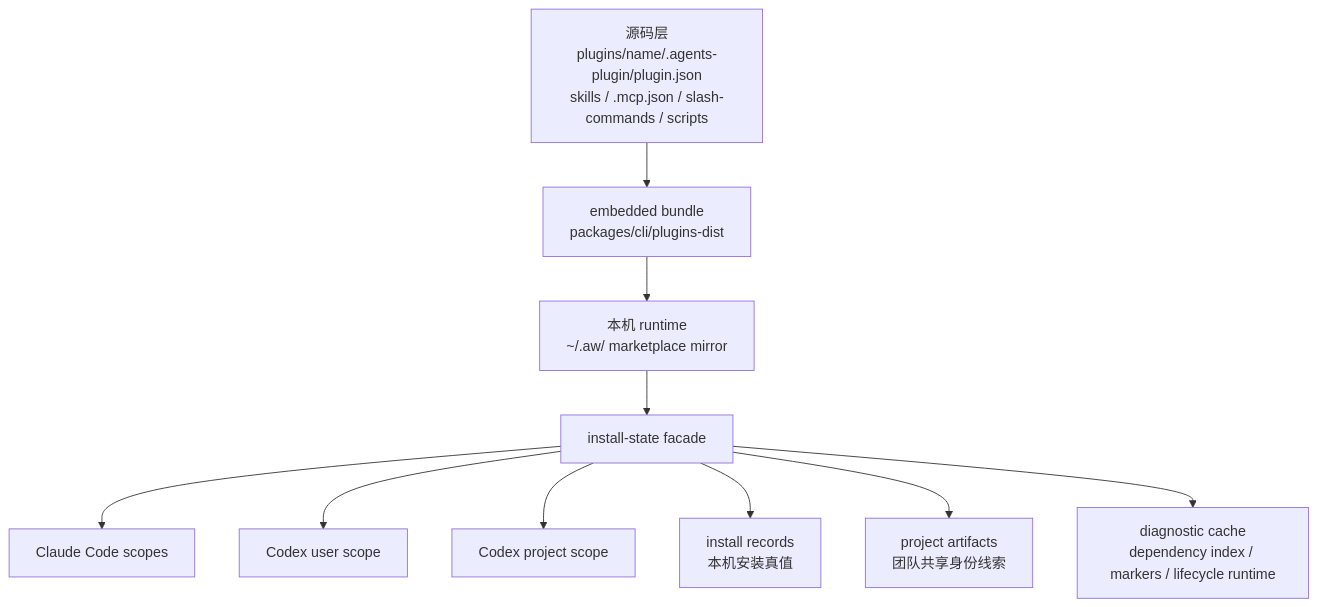
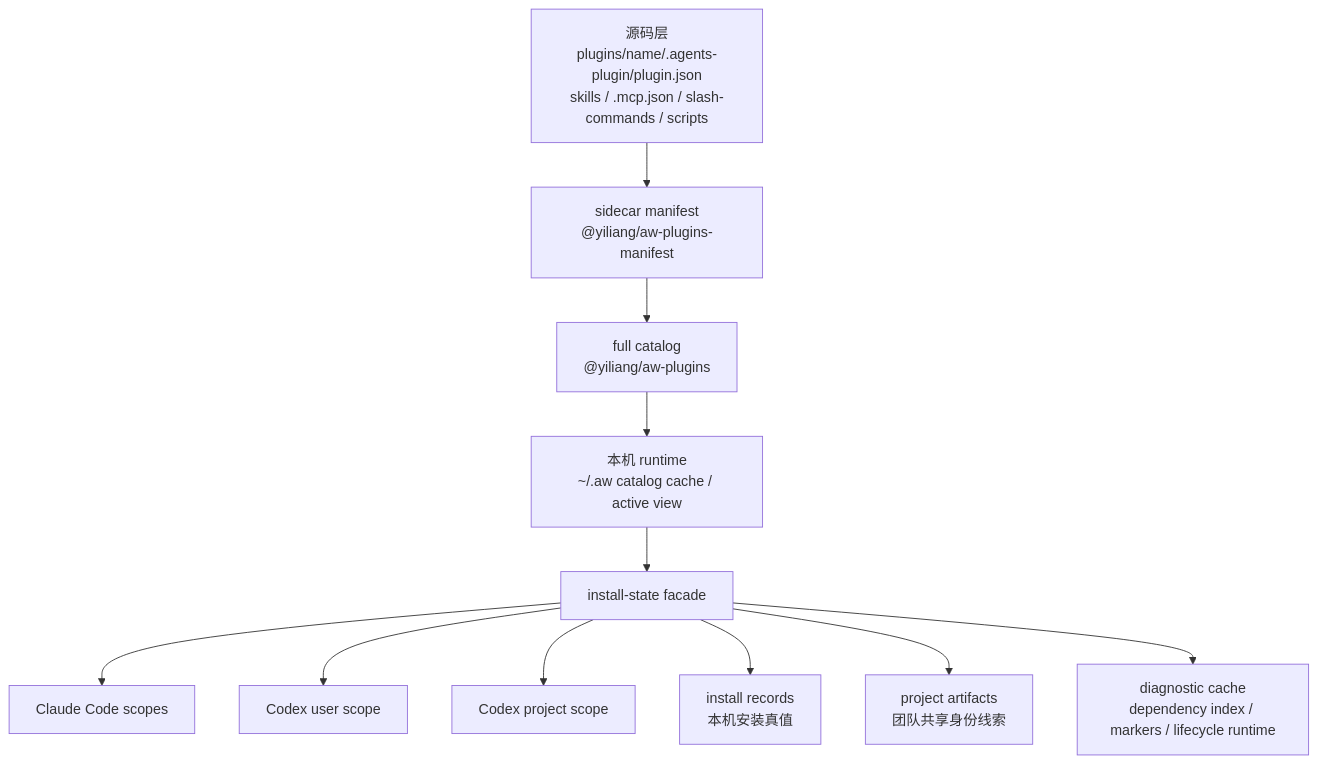
One commit to lesliechan721-arch/agent-workflow changed the first of 6 diagrams in docs/plugin-installation-technical-details.md. Above: the diagram before and after it, drawn with Mermaid. The commit also changed other lines of this file and 119 other files, not shown here.

````diff
--- a/docs/plugin-installation-technical-details.md
+++ b/docs/plugin-installation-technical-details.md
@@ -93,21 +96,22 @@
 ```mermaid
 flowchart TD
   source["源码层<br/>plugins/name/.agents-plugin/plugin.json<br/>skills / .mcp.json / slash-commands / scripts"]
-  bundle["embedded bundle<br/>packages/cli/plugins-dist"]
-  runtime["本机 runtime<br/>~/.aw/ marketplace mirror"]
+  sidecar["sidecar manifest<br/>@yiliang/aw-plugins-manifest"]
+  full["full catalog<br/>@yiliang/aw-plugins"]
+  runtime["本机 runtime<br/>~/.aw catalog cache / active view"]
   facade["install-state facade"]
   claude["Claude Code scopes"]
   codexUser["Codex user scope"]
   codexProject["Codex project scope"]
   records["install records<br/>本机安装真值"]
   shared["project artifacts<br/>团队共享身份线索"]
   evidence["diagnostic cache<br/>dependency index / markers / lifecycle runtime"]
 
-  source --> bundle --> runtime --> facade
+  source --> sidecar --> full --> runtime --> facade
   facade --> claude
   facade --> codexUser
   facade --> codexProject
   facade --> records
   facade --> shared
   facade --> evidence
 ```
````
